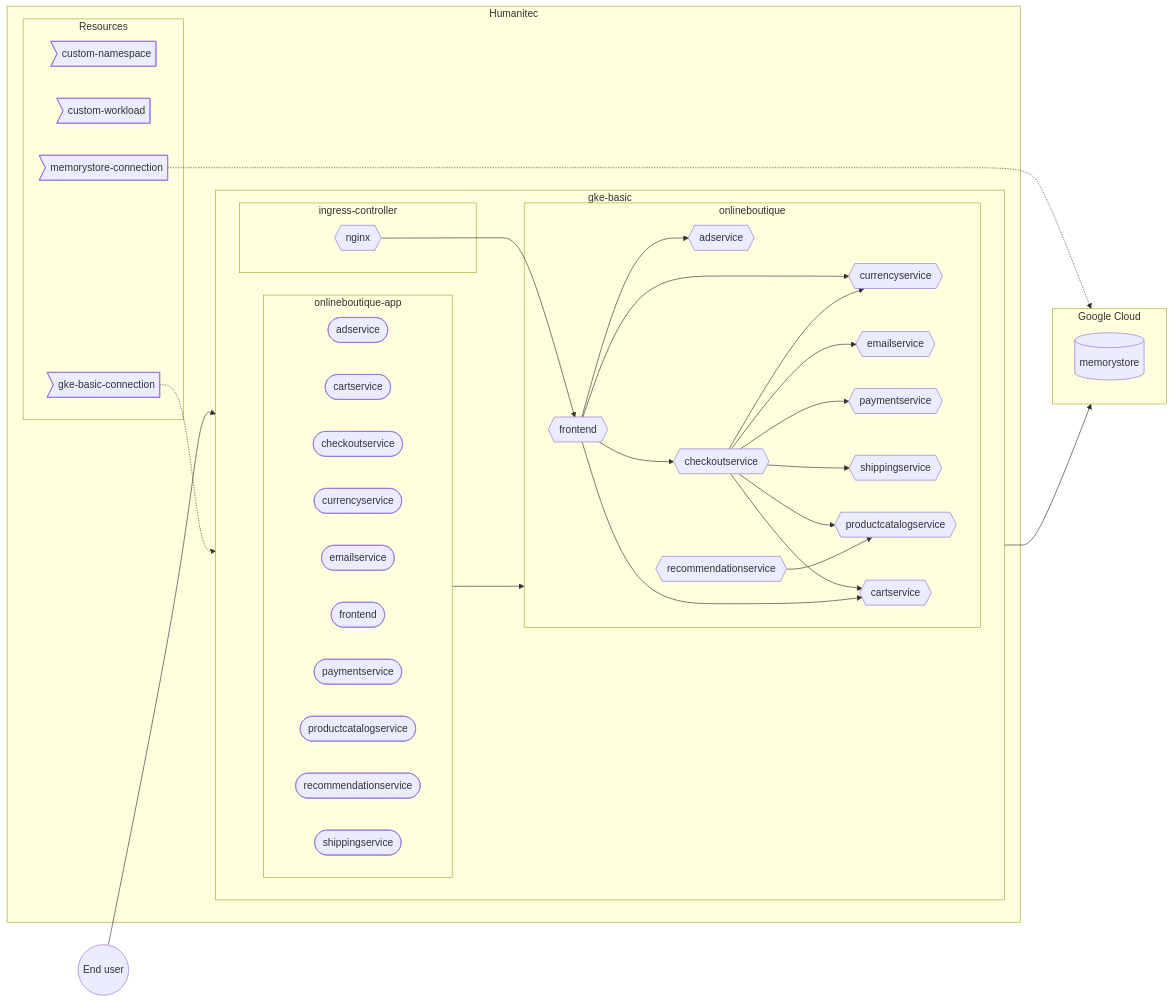
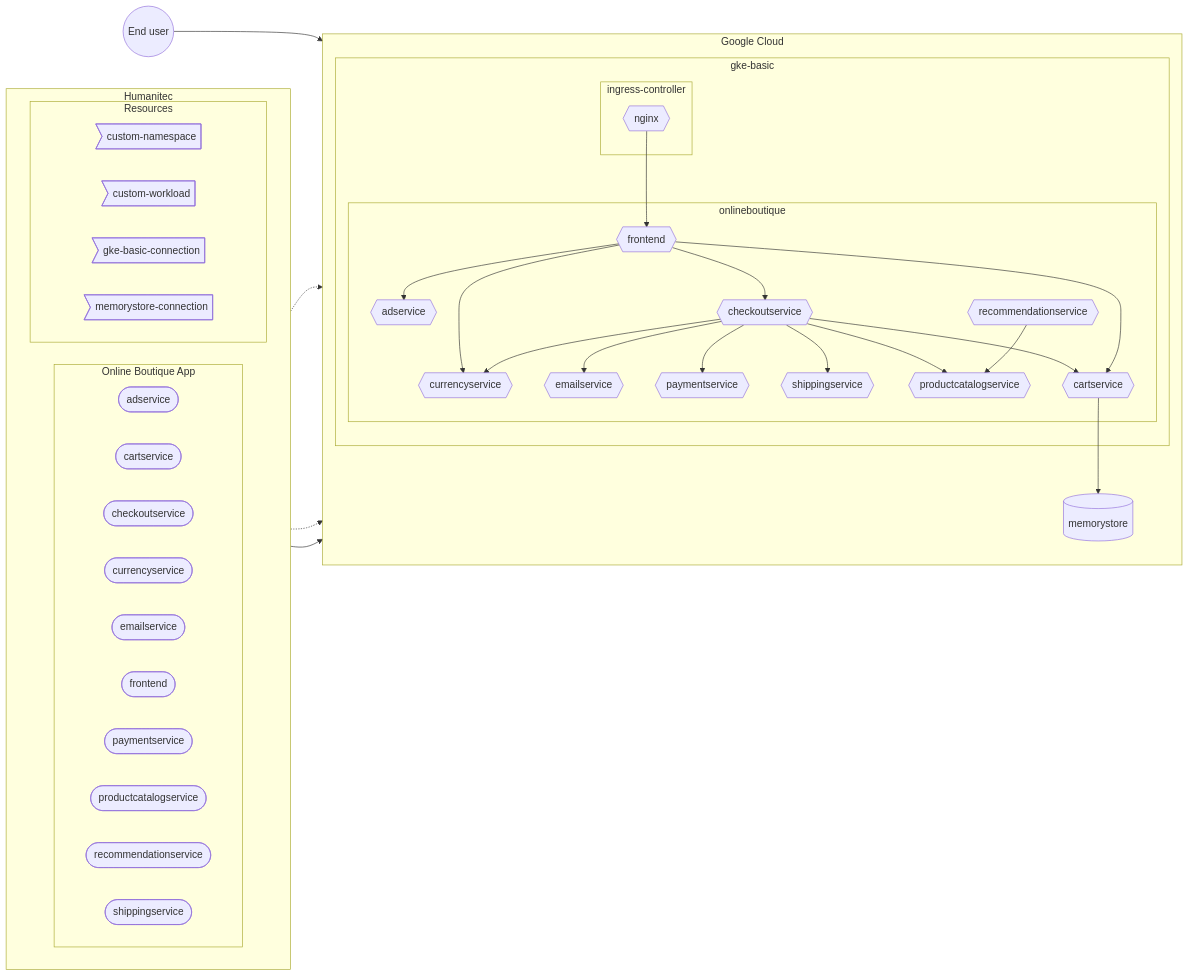
Before and after one commit to mathieu-benoit/hello-humanitec: the diagram in docs/gke-basic.md, drawn with Mermaid.

Commit message:
Fix gke-basic diagram

````diff
--- a/docs/gke-basic.md
+++ b/docs/gke-basic.md
@@ -3,54 +3,52 @@
 ```mermaid
 flowchart LR
   subgraph Humanitec
-    subgraph gke-basic
-        direction LR
-        subgraph onlineboutique-app
-            direction LR
-            adservice-workload([adservice])
-            cartservice-workload([cartservice])
-            checkoutservice-workload([checkoutservice])
-            currencyservice-workload([currencyservice])
-            emailservice-workload([emailservice])
-            frontend-workload([frontend])
-            paymentservice-workload([paymentservice])
-            productcatalogservice-workload([productcatalogservice])
-            recommendationservice-workload([recommendationservice])
-            shippingservice-workload([shippingservice])
-        end
+    direction LR
+    subgraph onlineboutique-app [Online Boutique App]
+      direction LR
+      adservice-workload([adservice])
+      cartservice-workload([cartservice])
+      checkoutservice-workload([checkoutservice])
+      currencyservice-workload([currencyservice])
+      emailservice-workload([emailservice])
+      frontend-workload([frontend])
+      paymentservice-workload([paymentservice])
+      productcatalogservice-workload([productcatalogservice])
+      recommendationservice-workload([recommendationservice])
+      shippingservice-workload([shippingservice])
     end
     subgraph Resources
         custom-namespace>custom-namespace]
         custom-workload>custom-workload]
         gke-basic-connection>gke-basic-connection]
         memorystore-connection>memorystore-connection]
     end
   end
   subgraph Google Cloud
     direction TB
     subgraph gke-basic
         subgraph ingress-controller
             nginx{{nginx}}
         end
         subgraph onlineboutique
             frontend{{frontend}}-->adservice{{adservice}}
             frontend-->checkoutservice{{checkoutservice}}
             frontend-->currencyservice{{currencyservice}}
             checkoutservice-->emailservice{{emailservice}}
             checkoutservice-->paymentservice{{paymentservice}}
             checkoutservice-->currencyservice
             checkoutservice-->shippingservice{{shippingservice}}
             checkoutservice-->productcatalogservice{{productcatalogservice}}
             checkoutservice-->cartservice{{cartservice}}
             frontend-->cartservice
             recommendationservice{{recommendationservice}}-->productcatalogservice
         end
         nginx-->frontend
     end
     gke-basic-connection-.->gke-basic
     memorystore-connection-.->memorystore[(memorystore)]
     onlineboutique-app-->onlineboutique
     cartservice-->memorystore
   end
-  enduser((End user))-->frontend
+  enduser((End user))-->nginx
 ```
````
